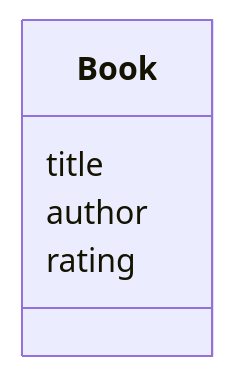
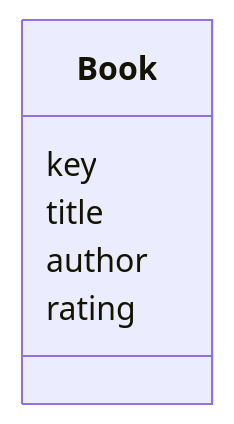
Before and after one commit to Mahlamaki/ot-harjoitustyo: the diagram in dokumentaatio/arkkitehtuuri.md, drawn with Mermaid. The commit also changed other lines of this file, not shown here.

````diff
--- a/dokumentaatio/arkkitehtuuri.md
+++ b/dokumentaatio/arkkitehtuuri.md
@@ -5,9 +5,10 @@
 ```mermaid
  classDiagram
       class Book{
+          key
           title
           author
           rating
       }
 
 ```
````
